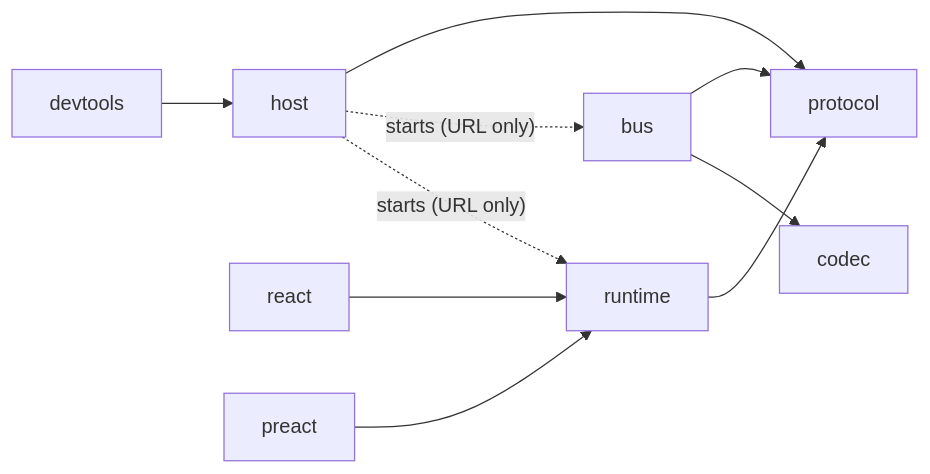
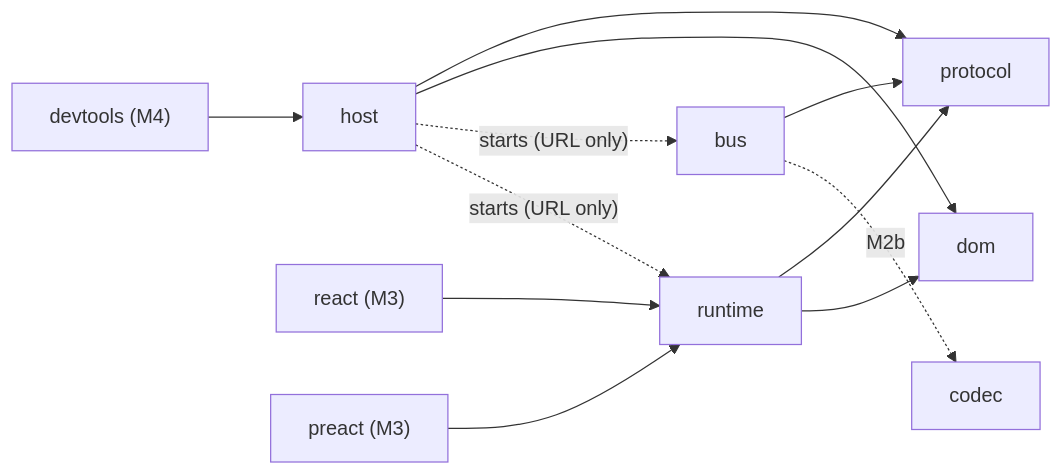
One commit to isoloop/isoloop changed the second of 8 diagrams in docs/design/system-design.md. Above: the diagram before and after it, drawn with Mermaid. The commit also changed other lines of this file and 2 other files, not shown here.

````diff
--- a/docs/design/system-design.md
+++ b/docs/design/system-design.md
@@ -55,13 +55,16 @@
 ```mermaid
 flowchart LR
   protocol
+  dom
   bus --> protocol
-  bus --> codec
+  bus -. "M2b" .-> codec
   host --> protocol
+  host --> dom
   runtime --> protocol
-  react --> runtime
-  preact --> runtime
-  devtools --> host
+  runtime --> dom
+  react["react (M3)"] --> runtime
+  preact["preact (M3)"] --> runtime
+  devtools["devtools (M4)"] --> host
   host -. "starts (URL only)" .-> bus
   host -. "starts (URL only)" .-> runtime
 ```
````
